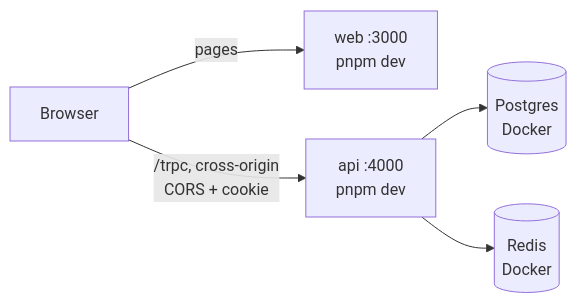
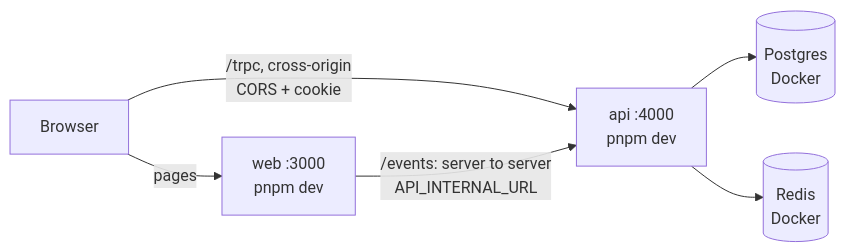
The second of 5 diagrams in docs/handbook/00-big-picture.md (maheshnd/minitickets), drawn with Mermaid before and after one commit. The commit also changed other lines of this file and 35 other files, not shown here.

Commit message:
feat(events): render /events on the server with streaming, CSR vs SSR measured

````diff
--- a/docs/handbook/00-big-picture.md
+++ b/docs/handbook/00-big-picture.md
@@ -51,7 +55,8 @@
 ```mermaid
 flowchart LR
     browser["Browser"] -->|"pages"| web["web :3000<br/>pnpm dev"]
     browser -->|"/trpc, cross-origin<br/>CORS + cookie"| api["api :4000<br/>pnpm dev"]
+    web -->|"/events: server to server<br/>API_INTERNAL_URL"| api
     api --> pg[("Postgres<br/>Docker")]
     api --> redis[("Redis<br/>Docker")]
 ```
````
